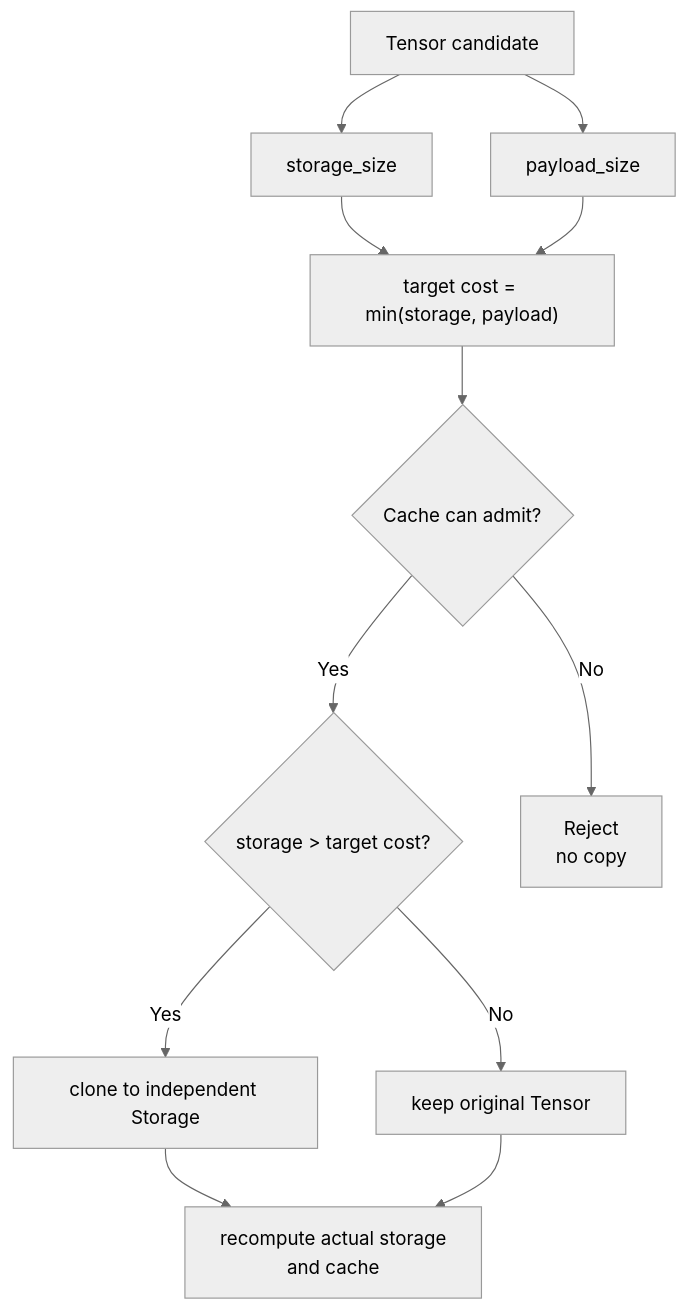
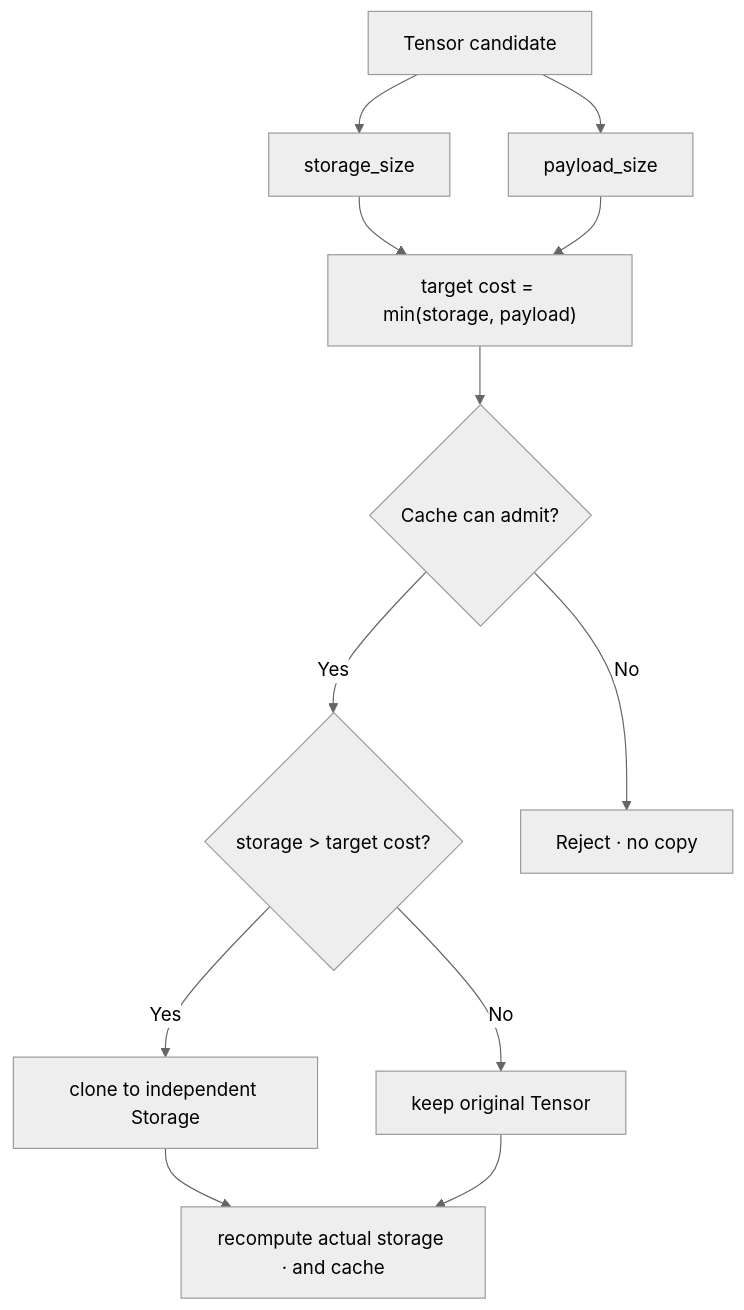
Before and after one commit to AkiYangDev/llm-inference-notes: the second of 2 diagrams in docs/pr-reviews/sglang-pr-39120-tensor-view-storage-cache.md, drawn with Mermaid (neutral theme). The commit also changed other lines of this file and 44 other files, not shown here.

````diff
--- a/docs/pr-reviews/sglang-pr-39120-tensor-view-storage-cache.md
+++ b/docs/pr-reviews/sglang-pr-39120-tensor-view-storage-cache.md
@@ -376,22 +310,22 @@
 ```mermaid
 flowchart TD
     T["Tensor candidate"]
     S["storage_size"]
     P["payload_size"]
     M["target cost = min(storage, payload)"]
     F{"Cache can admit?"}
     C{"storage > target cost?"}
     CL["clone to independent Storage"]
     KEEP["keep original Tensor"]
-    ADD["recompute actual storage<br/>and cache"]
+    ADD["recompute actual storage · and cache"]
 
     T --> S
     T --> P
     S --> M
     P --> M
     M --> F
-    F -- No --> X["Reject<br/>no copy"]
+    F -- No --> X["Reject · no copy"]
     F -- Yes --> C
     C -- Yes --> CL --> ADD
     C -- No --> KEEP --> ADD
 ```
````
